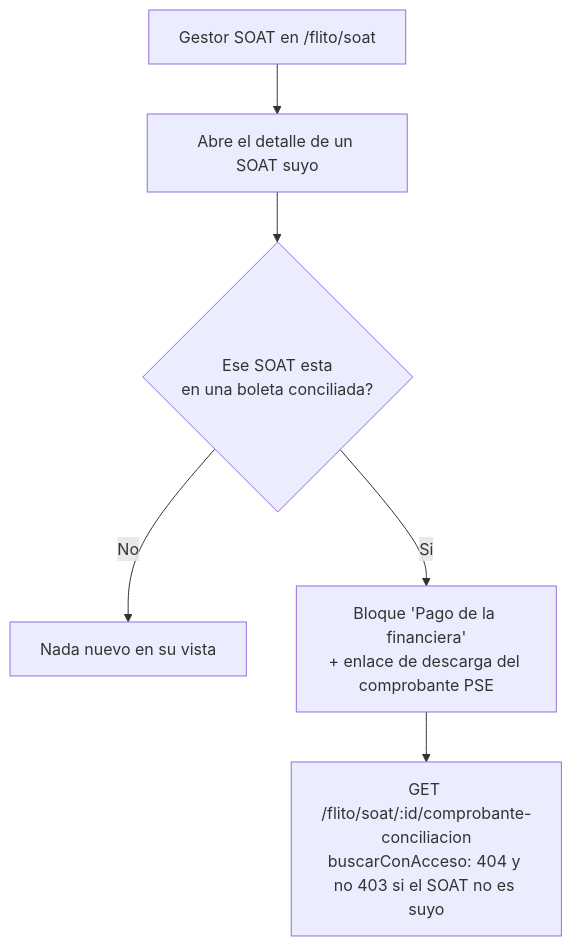
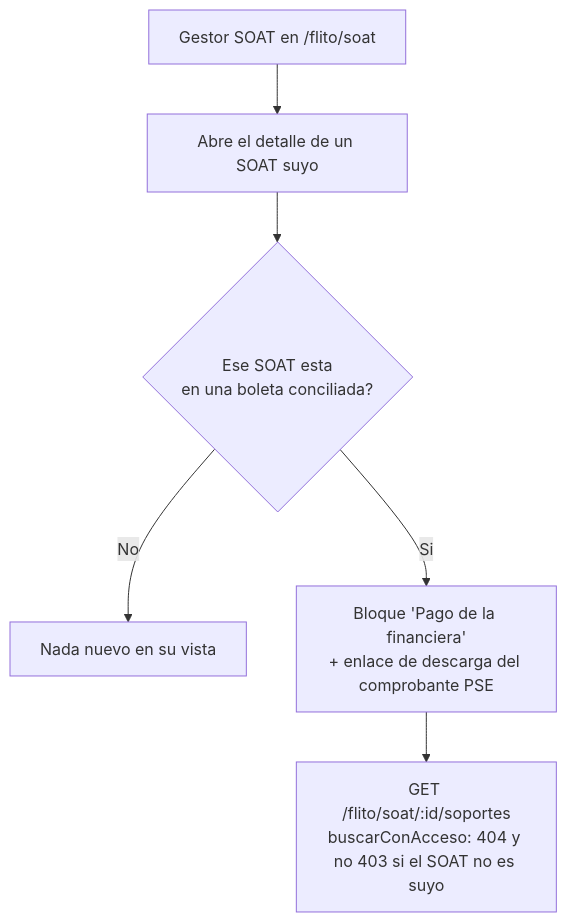
The second of 2 diagrams in docs/ux/flito-conciliacion.md (flitsas/flito), drawn with Mermaid before and after one commit. The commit also changed other lines of this file and 17 other files, not shown here.

````diff
--- a/docs/ux/flito-conciliacion.md
+++ b/docs/ux/flito-conciliacion.md
@@ -250,8 +251,8 @@
 ```mermaid
 flowchart TD
     A["Gestor SOAT en /flito/soat"] --> B["Abre el detalle de un SOAT suyo"]
     B --> C{"Ese SOAT esta<br/>en una boleta conciliada?"}
     C -- No --> D["Nada nuevo en su vista"]
     C -- Si --> E["Bloque 'Pago de la financiera'<br/>+ enlace de descarga del comprobante PSE"]
-    E --> F["GET /flito/soat/:id/comprobante-conciliacion<br/>buscarConAcceso: 404 y no 403 si el SOAT no es suyo"]
+    E --> F["GET /flito/soat/:id/soportes<br/>buscarConAcceso: 404 y no 403 si el SOAT no es suyo"]
 ```
````
